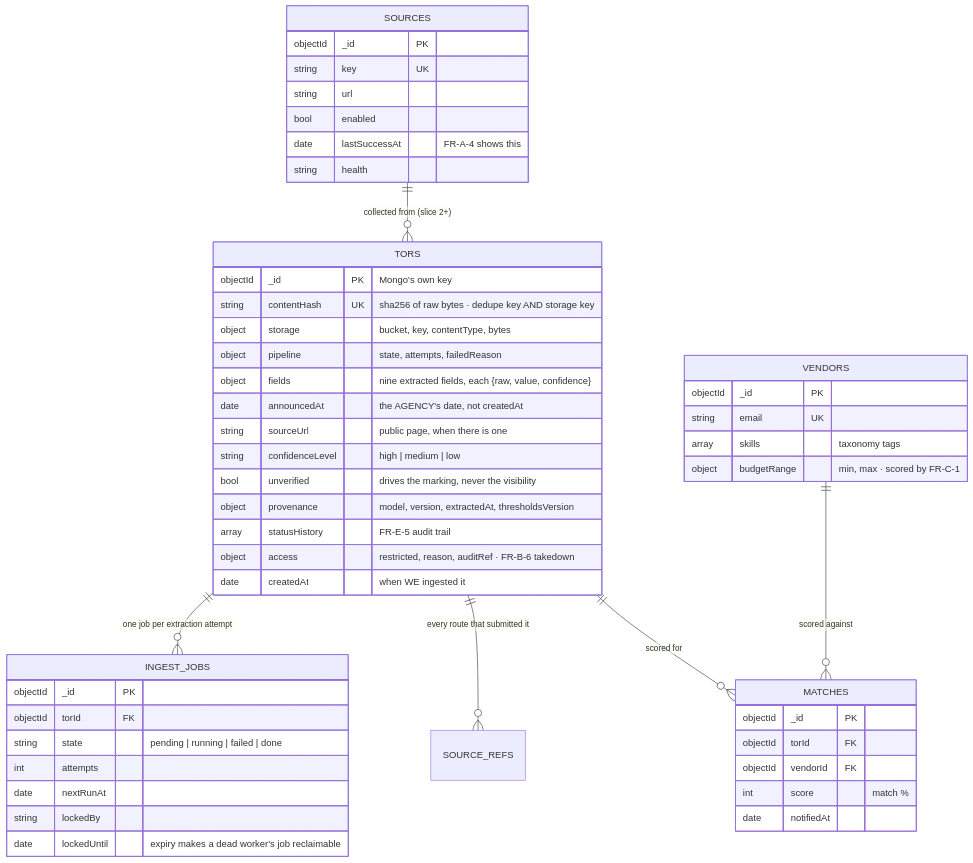
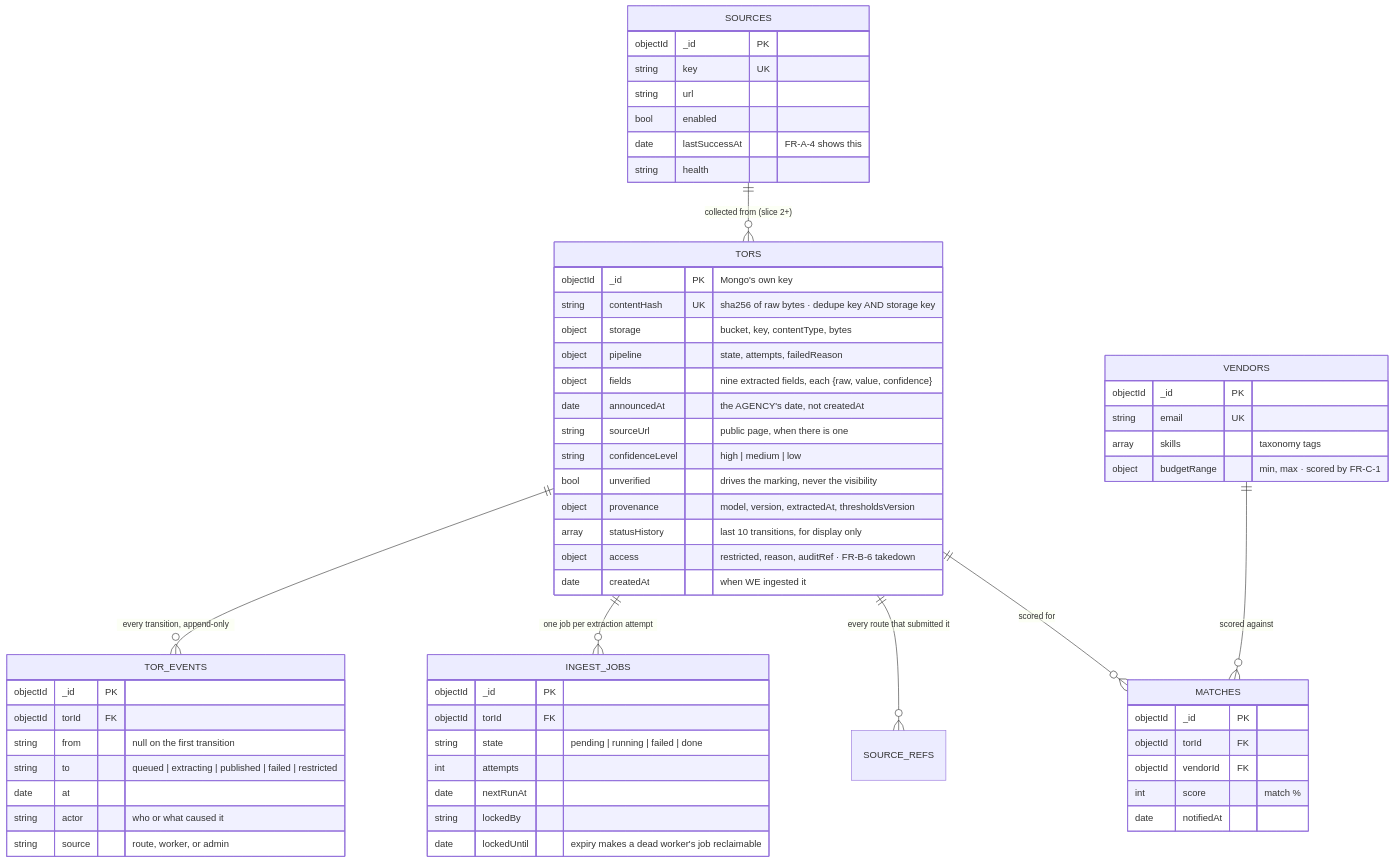
The eighth of 9 diagrams in docs/ARCHITECTURE.md (TORMomentum/Momentum), drawn with Mermaid before and after one commit. The commit also changed other lines of this file and 4 other files, not shown here.

````diff
--- a/docs/ARCHITECTURE.md
+++ b/docs/ARCHITECTURE.md
@@ -299,54 +299,64 @@
 ```mermaid
 erDiagram
+    TORS ||--o{ TOR_EVENTS : "every transition, append-only"
     TORS ||--o{ INGEST_JOBS : "one job per extraction attempt"
     TORS ||--o{ SOURCE_REFS : "every route that submitted it"
     SOURCES ||--o{ TORS : "collected from (slice 2+)"
     VENDORS ||--o{ MATCHES : "scored against"
     TORS ||--o{ MATCHES : "scored for"
 
     TORS {
         objectId _id PK "Mongo's own key"
         string contentHash UK "sha256 of raw bytes · dedupe key AND storage key"
         object storage "bucket, key, contentType, bytes"
         object pipeline "state, attempts, failedReason"
         object fields "nine extracted fields, each {raw, value, confidence}"
         date announcedAt "the AGENCY's date, not createdAt"
         string sourceUrl "public page, when there is one"
         string confidenceLevel "high | medium | low"
         bool unverified "drives the marking, never the visibility"
         object provenance "model, version, extractedAt, thresholdsVersion"
-        array statusHistory "FR-E-5 audit trail"
+        array statusHistory "last 10 transitions, for display only"
         object access "restricted, reason, auditRef · FR-B-6 takedown"
         date createdAt "when WE ingested it"
+    }
+    TOR_EVENTS {
+        objectId _id PK
+        objectId torId FK
+        string from "null on the first transition"
+        string to "queued | extracting | published | failed | restricted"
+        date at
+        string actor "who or what caused it"
+        string source "route, worker, or admin"
     }
     INGEST_JOBS {
         objectId _id PK
         objectId torId FK
         string state "pending | running | failed | done"
         int attempts
         date nextRunAt
         string lockedBy
         date lockedUntil "expiry makes a dead worker's job reclaimable"
     }
     SOURCES {
         objectId _id PK
         string key UK
         string url
         bool enabled
         date lastSuccessAt "FR-A-4 shows this"
         string health
     }
     VENDORS {
         objectId _id PK
         string email UK
         array skills "taxonomy tags"
         object budgetRange "min, max · scored by FR-C-1"
     }
     MATCHES {
         objectId _id PK
         objectId torId FK
         objectId vendorId FK
         int score "match %"
         date notifiedAt
     }
 ```
````
